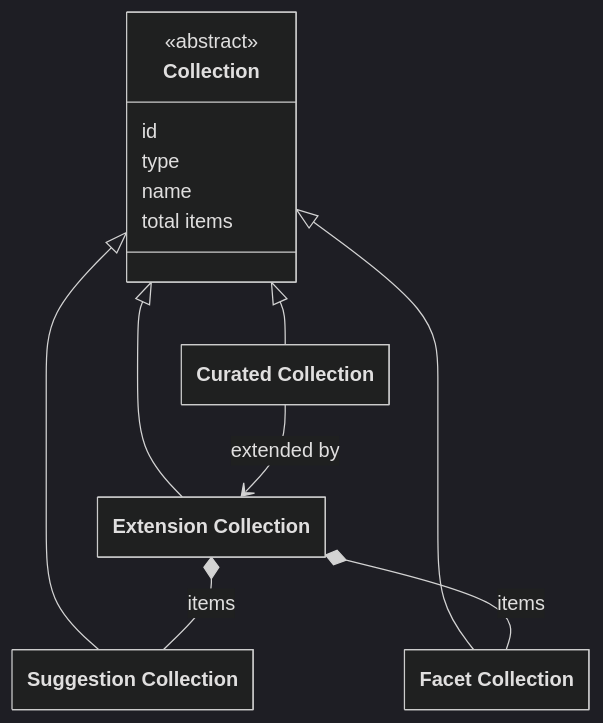
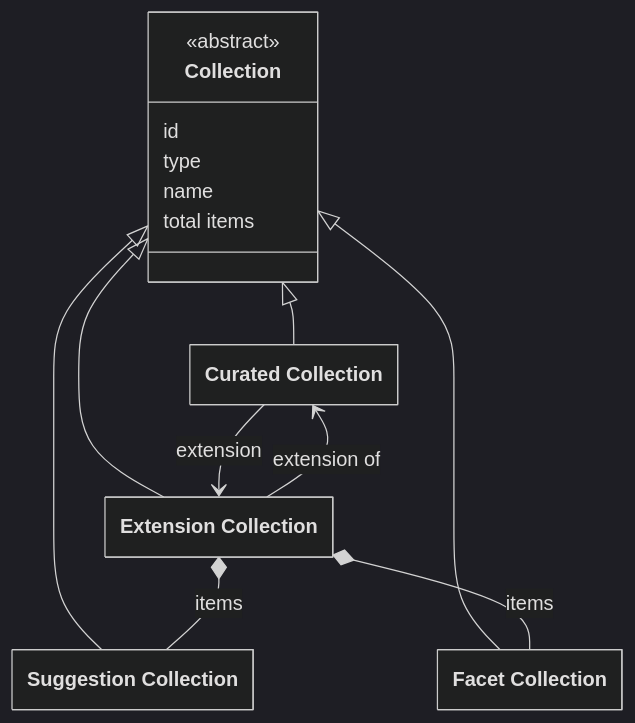
One commit to netwerk-digitaal-erfgoed/netwerk-digitaal-erfgoed.github.io changed the diagram in docs/requirements/data-layer-api/rest/extensions.md. Above: the diagram before and after it, drawn with Mermaid (dark theme). The commit also changed other lines of this file and 5 other files, not shown here.

````diff
--- a/docs/requirements/data-layer-api/rest/extensions.md
+++ b/docs/requirements/data-layer-api/rest/extensions.md
@@ -34,31 +34,31 @@
 ```mermaid
 ---
   config:
     class:
       hideEmptyMembersBox: true
 ---
 classDiagram
 
 class Collection {
   <<abstract>>
   id
   type
   name
   total items
 }
 
 class CuratedCollection["Curated Collection"]
 class ExtensionCollection["Extension Collection"]
 class SuggestionCollection["Suggestion Collection"]
 class FacetCollection["Facet Collection"]
 
 Collection <|-- CuratedCollection
 Collection <|-- ExtensionCollection
 Collection <|-- SuggestionCollection
 Collection <|-- FacetCollection
 
-CuratedCollection --> ExtensionCollection : extended by
-
+CuratedCollection --> ExtensionCollection : extension
+ExtensionCollection --> CuratedCollection : extension of
 ExtensionCollection *-- SuggestionCollection : items
 ExtensionCollection *-- FacetCollection : items
 ```
````
